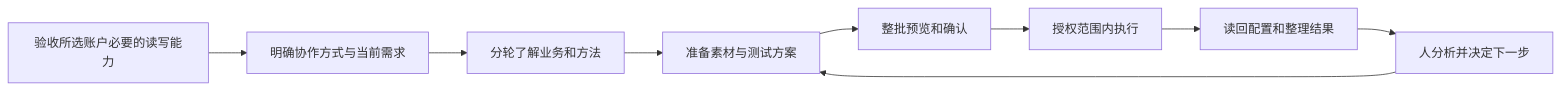
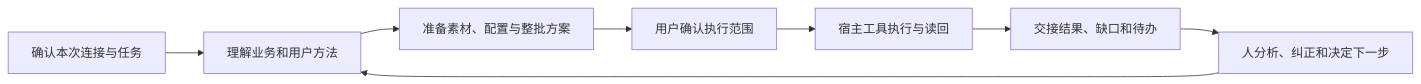
Before and after one commit to creator2000212-crypto/ad-ops-agent: the diagram in README.zh-CN.md, drawn with Mermaid. The commit also changed other lines of this file and 32 other files, not shown here.

````diff
--- a/README.zh-CN.md
+++ b/README.zh-CN.md
@@ -19,11 +21,10 @@
 ```mermaid
 flowchart LR
-    A["验收所选账户必要的读写能力"] --> B["明确协作方式与当前需求"]
-    B --> C0["分轮了解业务和方法"]
-    C0 --> C["准备素材与测试方案"]
-    C --> D["整批预览和确认"]
-    D --> E["授权范围内执行"]
-    E --> F["读回配置和整理结果"]
-    F --> G["人分析并决定下一步"]
-    G --> C
+    A["确认本次连接与任务"] --> B["理解业务和用户方法"]
+    B --> C["准备素材、配置与整批方案"]
+    C --> D["用户确认执行范围"]
+    D --> E["宿主工具执行与读回"]
+    E --> F["交接结果、缺口和待办"]
+    F --> G["人分析、纠正和决定下一步"]
+    G --> B
 ```
````
